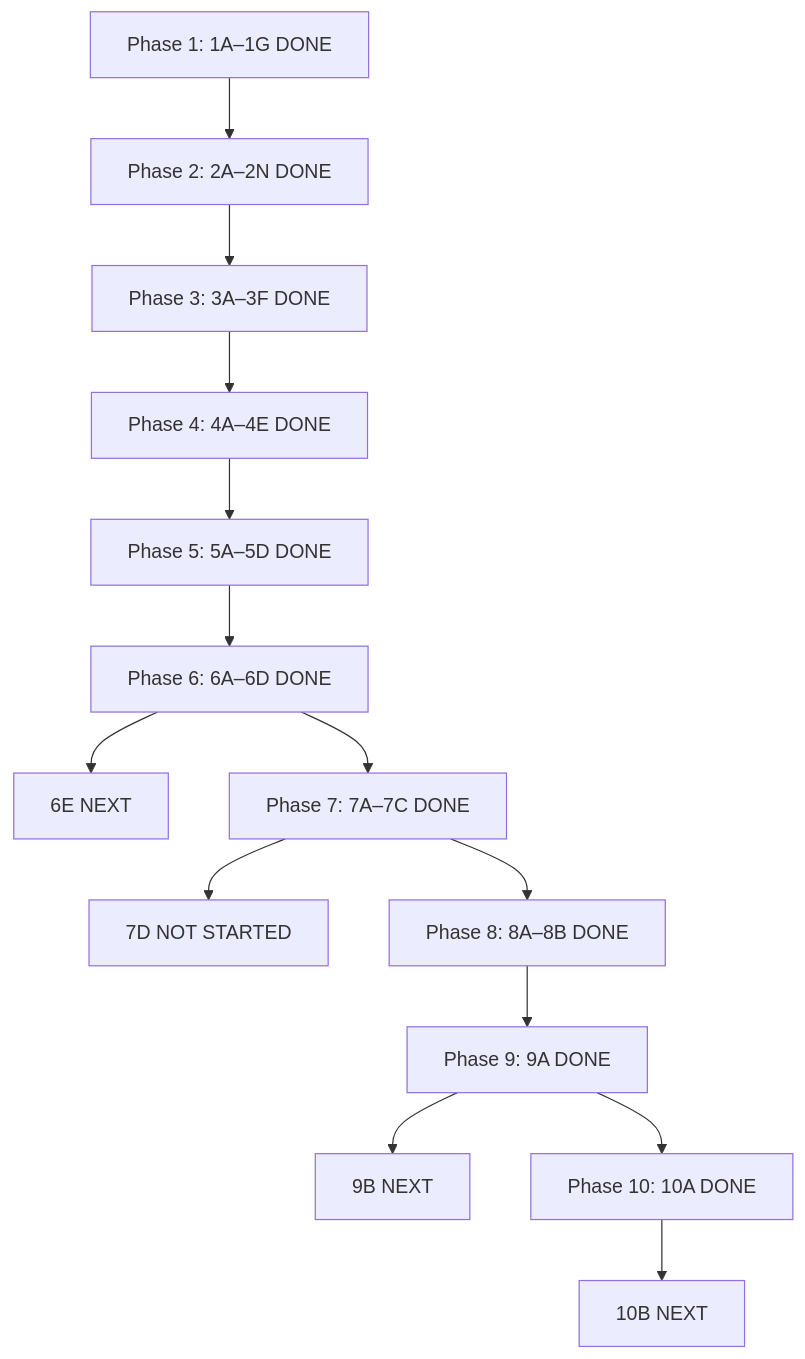
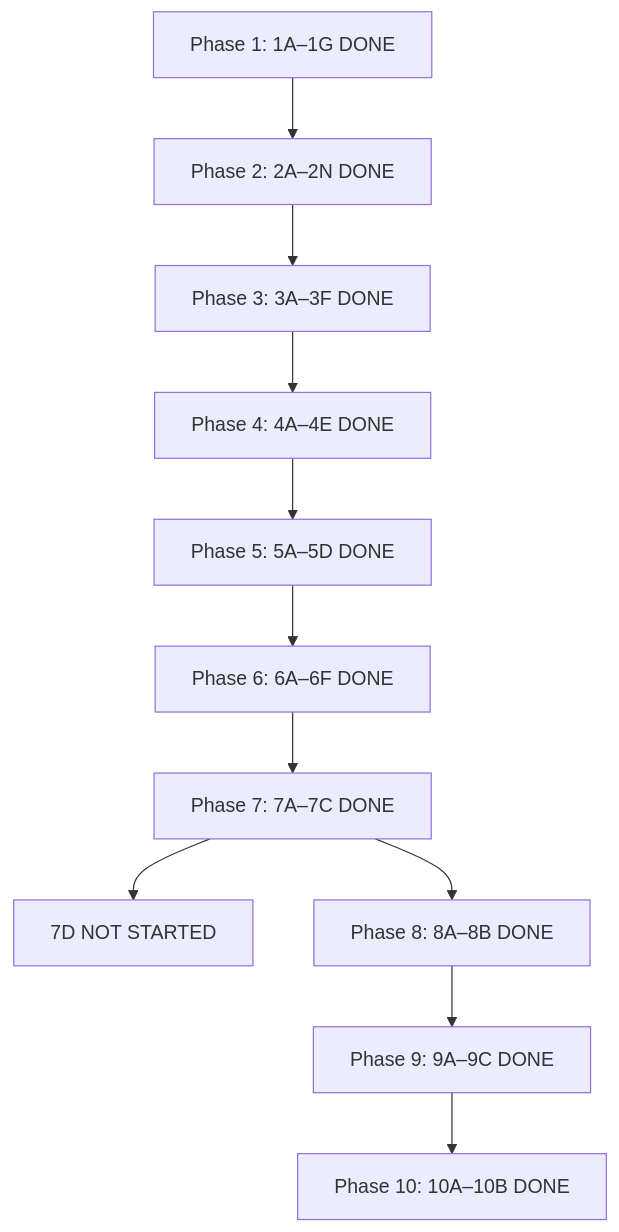
Before and after one commit to NotY215/NotYVOS: diagram 43 of 44 in docs/data flow.md, drawn with Mermaid. The commit also changed other lines of this file, not shown here.

Commit message:
docs: sync data flow through Phase 10B

````diff
--- a/docs/data flow.md
+++ b/docs/data flow.md
@@ -2126,16 +2180,13 @@
 ```mermaid
 flowchart TD
     P1[Phase 1: 1A–1G DONE] --> P2[Phase 2: 2A–2N DONE]
     P2 --> P3[Phase 3: 3A–3F DONE]
     P3 --> P4[Phase 4: 4A–4E DONE]
     P4 --> P5[Phase 5: 5A–5D DONE]
-    P5 --> P6[Phase 6: 6A–6D DONE]
-    P6 --> N6E[6E NEXT]
+    P5 --> P6[Phase 6: 6A–6F DONE]
     P6 --> P7[Phase 7: 7A–7C DONE]
     P7 --> N7D[7D NOT STARTED]
     P7 --> P8[Phase 8: 8A–8B DONE]
-    P8 --> P9[Phase 9: 9A DONE]
-    P9 --> N9B[9B NEXT]
-    P9 --> P10[Phase 10: 10A DONE]
-    P10 --> N10B[10B NEXT]
+    P8 --> P9[Phase 9: 9A–9C DONE]
+    P9 --> P10[Phase 10: 10A–10B DONE]
 ```
````
